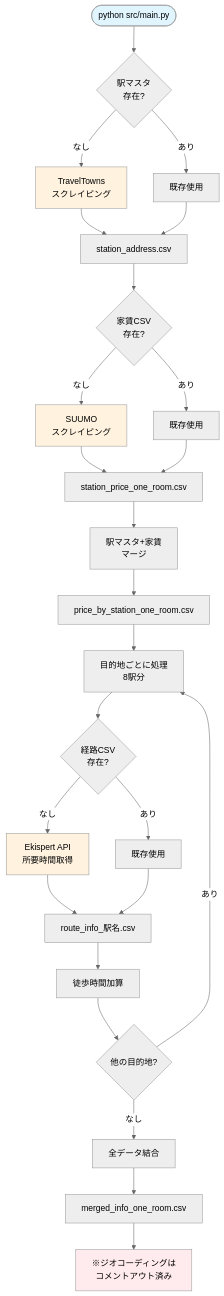
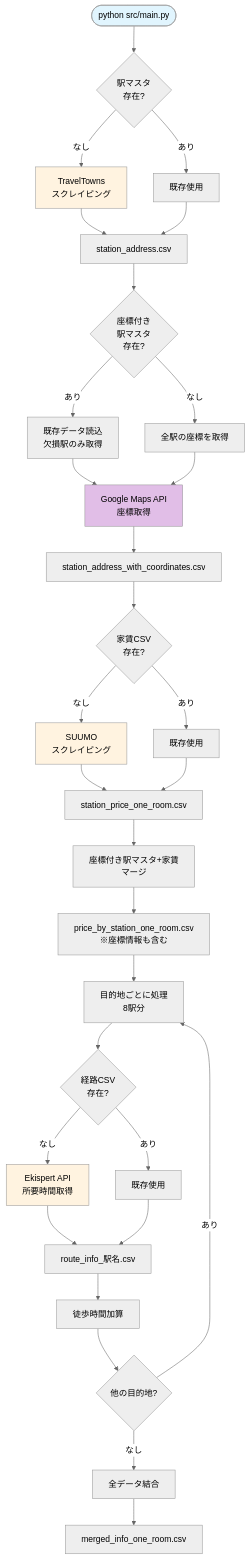
Before and after one commit to masa350z/stationscraper: the second of 5 diagrams in PROJECT_OVERVIEW.md, drawn with Mermaid (neutral theme). The commit also changed other lines of this file and 11 other files, not shown here.

````diff
--- a/PROJECT_OVERVIEW.md
+++ b/PROJECT_OVERVIEW.md
@@ -115,39 +104,45 @@
 ```mermaid
 flowchart TD
     START([python src/main.py]) --> CHECK1{駅マスタ<br/>存在?}
 
     CHECK1 -->|なし| SCRAPE1[TravelTowns<br/>スクレイピング]
     CHECK1 -->|あり| SKIP1[既存使用]
     SCRAPE1 --> SAVE1[station_address.csv]
     SKIP1 --> SAVE1
 
-    SAVE1 --> CHECK2{家賃CSV<br/>存在?}
+    SAVE1 --> CHECK_COORDS{座標付き<br/>駅マスタ<br/>存在?}
+    CHECK_COORDS -->|あり| LOAD_COORDS[既存データ読込<br/>欠損駅のみ取得]
+    CHECK_COORDS -->|なし| NEW_COORDS[全駅の座標を取得]
+    LOAD_COORDS --> GEOCODE[Google Maps API<br/>座標取得]
+    NEW_COORDS --> GEOCODE
+    GEOCODE --> SAVE1B[station_address_with_coordinates.csv]
+
+    SAVE1B --> CHECK2{家賃CSV<br/>存在?}
     CHECK2 -->|なし| SCRAPE2[SUUMO<br/>スクレイピング]
     CHECK2 -->|あり| SKIP2[既存使用]
     SCRAPE2 --> SAVE2[station_price_one_room.csv]
     SKIP2 --> SAVE2
 
-    SAVE2 --> MERGE1[駅マスタ+家賃<br/>マージ]
-    MERGE1 --> SAVE3[price_by_station_one_room.csv]
+    SAVE2 --> MERGE1[座標付き駅マスタ+家賃<br/>マージ]
+    MERGE1 --> SAVE3[price_by_station_one_room.csv<br/>※座標情報も含む]
 
     SAVE3 --> LOOP[目的地ごとに処理<br/>8駅分]
     LOOP --> CHECK3{経路CSV<br/>存在?}
     CHECK3 -->|なし| API1[Ekispert API<br/>所要時間取得]
     CHECK3 -->|あり| SKIP3[既存使用]
     API1 --> SAVE4["route_info_駅名.csv"]
     SKIP3 --> SAVE4
 
     SAVE4 --> ADD_WALK[徒歩時間加算]
     ADD_WALK --> CHECK_MORE{他の目的地?}
     CHECK_MORE -->|あり| LOOP
     CHECK_MORE -->|なし| CONCAT[全データ結合]
 
     CONCAT --> SAVE5[merged_info_one_room.csv]
-    SAVE5 --> GEOCODE_COMMENT[※ジオコーディングは<br/>コメントアウト済み]
 
     style START fill:#e1f5fe
     style SCRAPE1 fill:#fff3e0
     style SCRAPE2 fill:#fff3e0
     style API1 fill:#fff3e0
-    style GEOCODE_COMMENT fill:#ffebee
+    style GEOCODE fill:#e1bee7
 ```
````
